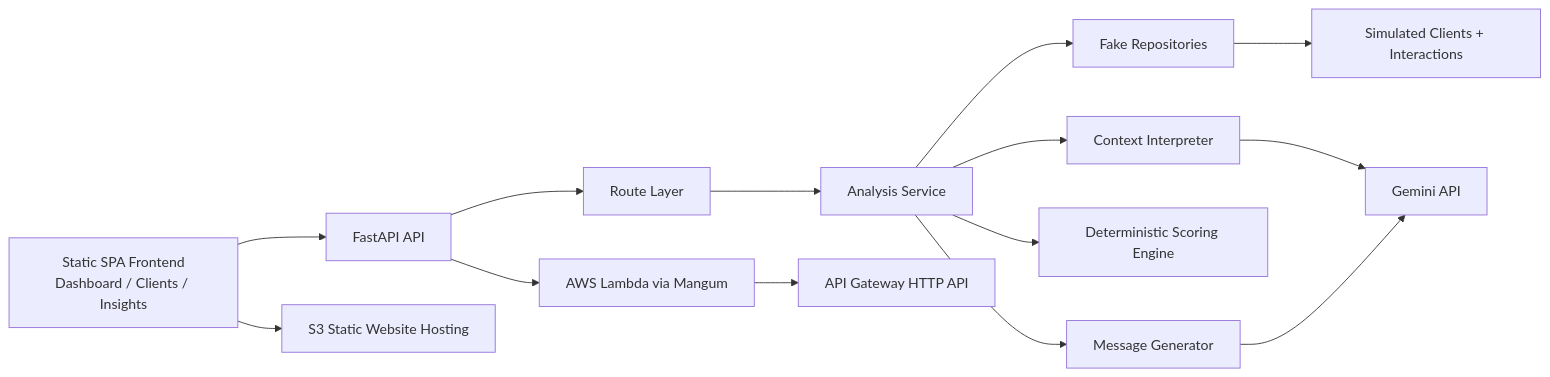
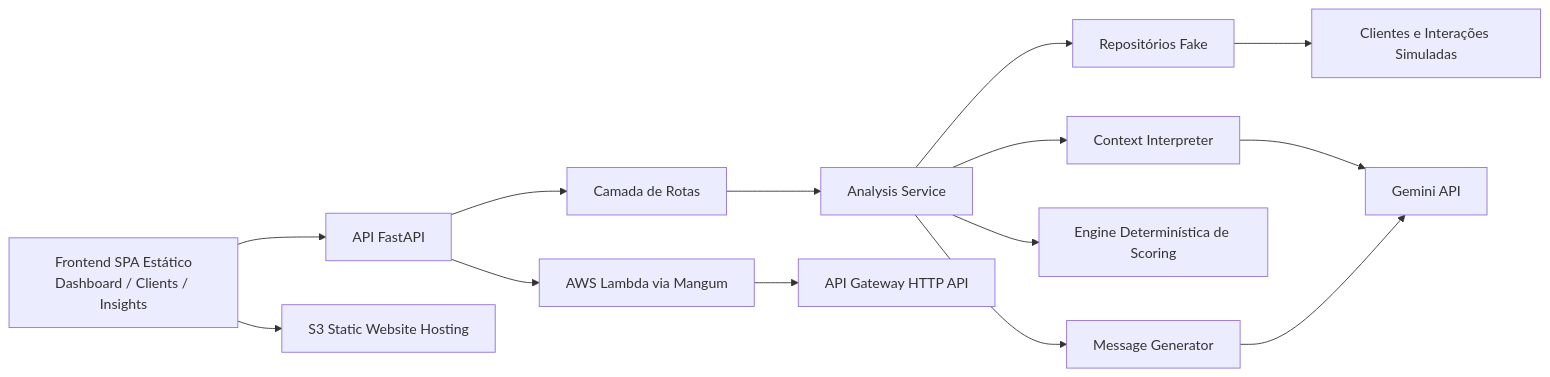
One commit to VicFmartins/agentic-client-guardian changed the diagram in README.md. Above: the diagram before and after it, drawn with Mermaid. The commit also changed other lines of this file, not shown here.

````diff
--- a/README.md
+++ b/README.md
@@ -63,16 +63,16 @@
 ```mermaid
 flowchart LR
-    UI["Static SPA Frontend<br/>Dashboard / Clients / Insights"] --> API["FastAPI API"]
-    API --> ROUTER["Route Layer"]
+    UI["Frontend SPA Estático<br/>Dashboard / Clients / Insights"] --> API["API FastAPI"]
+    API --> ROUTER["Camada de Rotas"]
     ROUTER --> ANALYSIS["Analysis Service"]
-    ANALYSIS --> REPO["Fake Repositories"]
+    ANALYSIS --> REPO["Repositórios Fake"]
     ANALYSIS --> INTERPRETER["Context Interpreter"]
-    ANALYSIS --> SCORING["Deterministic Scoring Engine"]
+    ANALYSIS --> SCORING["Engine Determinística de Scoring"]
     ANALYSIS --> MSG["Message Generator"]
     INTERPRETER --> GEMINI["Gemini API"]
     MSG --> GEMINI
-    REPO --> DATA["Simulated Clients + Interactions"]
+    REPO --> DATA["Clientes e Interações Simuladas"]
     API --> LAMBDA["AWS Lambda via Mangum"]
     LAMBDA --> APIGW["API Gateway HTTP API"]
     UI --> S3["S3 Static Website Hosting"]
 ```
````
